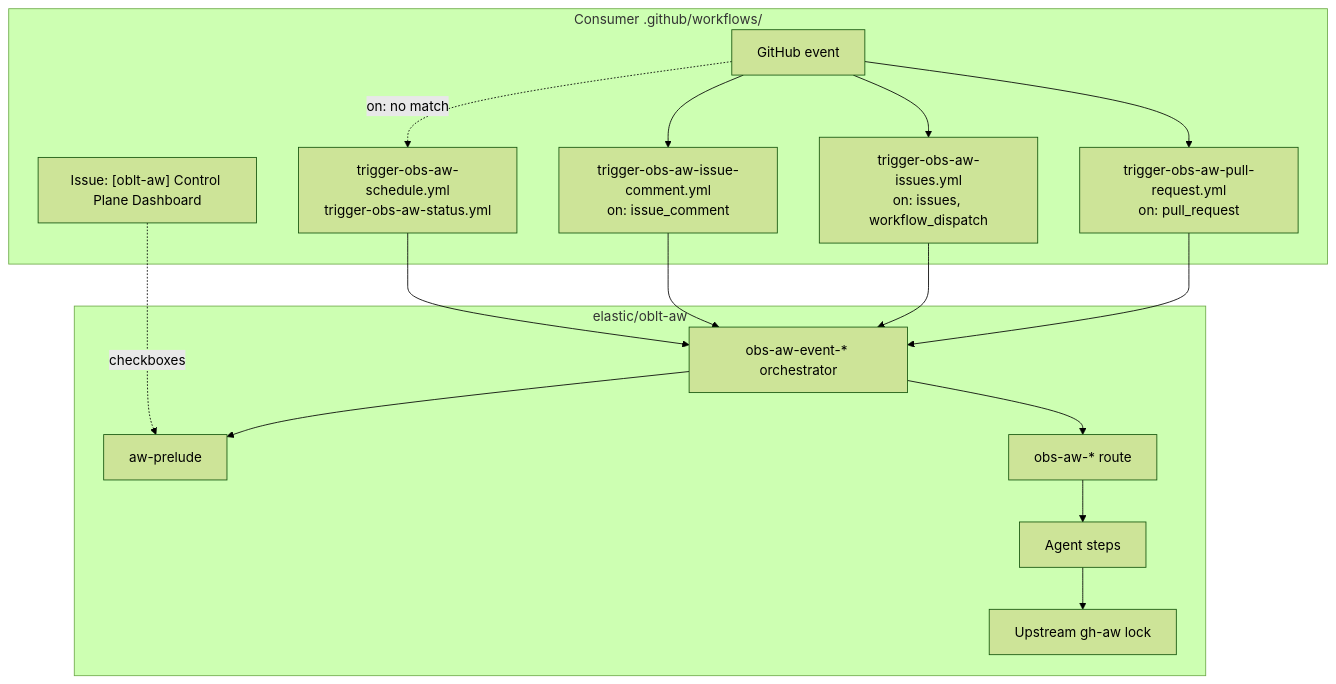
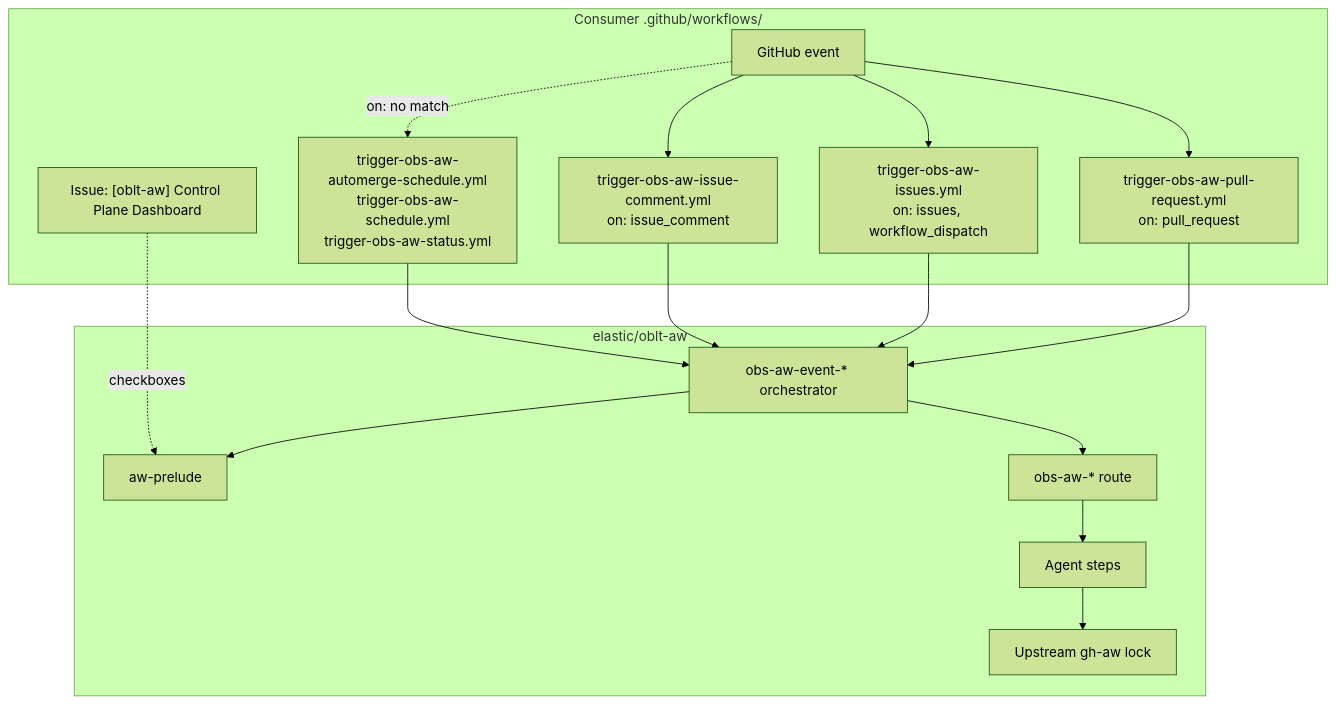
The diagram in docs/workflows/obs-aw-client-template.md (elastic/oblt-aw), drawn with Mermaid (forest theme) before and after one commit. The commit also changed other lines of this file and 18 other files, not shown here.

First line of the commit message:
fix(automerge): complete armed PRs on a 30m schedule only

````diff
--- a/docs/workflows/obs-aw-client-template.md
+++ b/docs/workflows/obs-aw-client-template.md
@@ -19,32 +19,32 @@
 ```mermaid
 flowchart TB
   subgraph Consumer["Consumer .github/workflows/"]
     EVT["GitHub event"]
     C_PR["trigger-obs-aw-pull-request.yml\non: pull_request"]
     C_ISS["trigger-obs-aw-issues.yml\non: issues, workflow_dispatch"]
     C_COM["trigger-obs-aw-issue-comment.yml\non: issue_comment"]
-    C_SCH["trigger-obs-aw-schedule.yml\ntrigger-obs-aw-status.yml"]
+    C_SCH["trigger-obs-aw-automerge-schedule.yml\ntrigger-obs-aw-schedule.yml\ntrigger-obs-aw-status.yml"]
     DASH["Issue: [oblt-aw] Control Plane Dashboard"]
     EVT --> C_PR
     EVT --> C_ISS
     EVT --> C_COM
     EVT -.->|on: no match| C_SCH
   end
 
   subgraph OBLT["elastic/oblt-aw"]
     ORCH["obs-aw-event-* orchestrator"]
     CTX["aw-prelude"]
     R["obs-aw-* route"]
     AG["Agent steps"]
     LOCK["Upstream gh-aw lock"]
     ORCH --> CTX
     ORCH --> R
     R --> AG --> LOCK
   end
 
   DASH -.->|checkboxes| CTX
   C_PR --> ORCH
   C_ISS --> ORCH
   C_COM --> ORCH
   C_SCH --> ORCH
 ```
````
